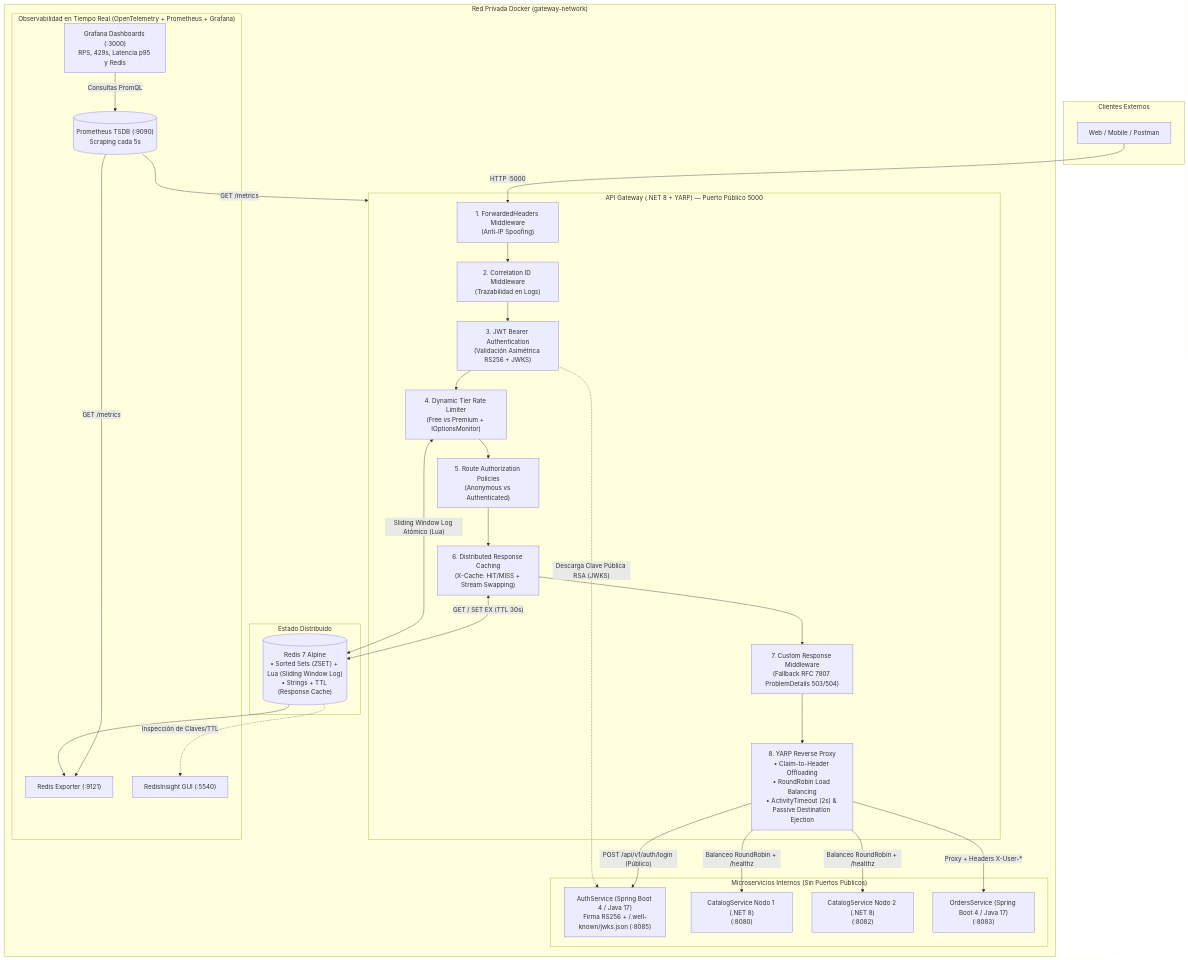
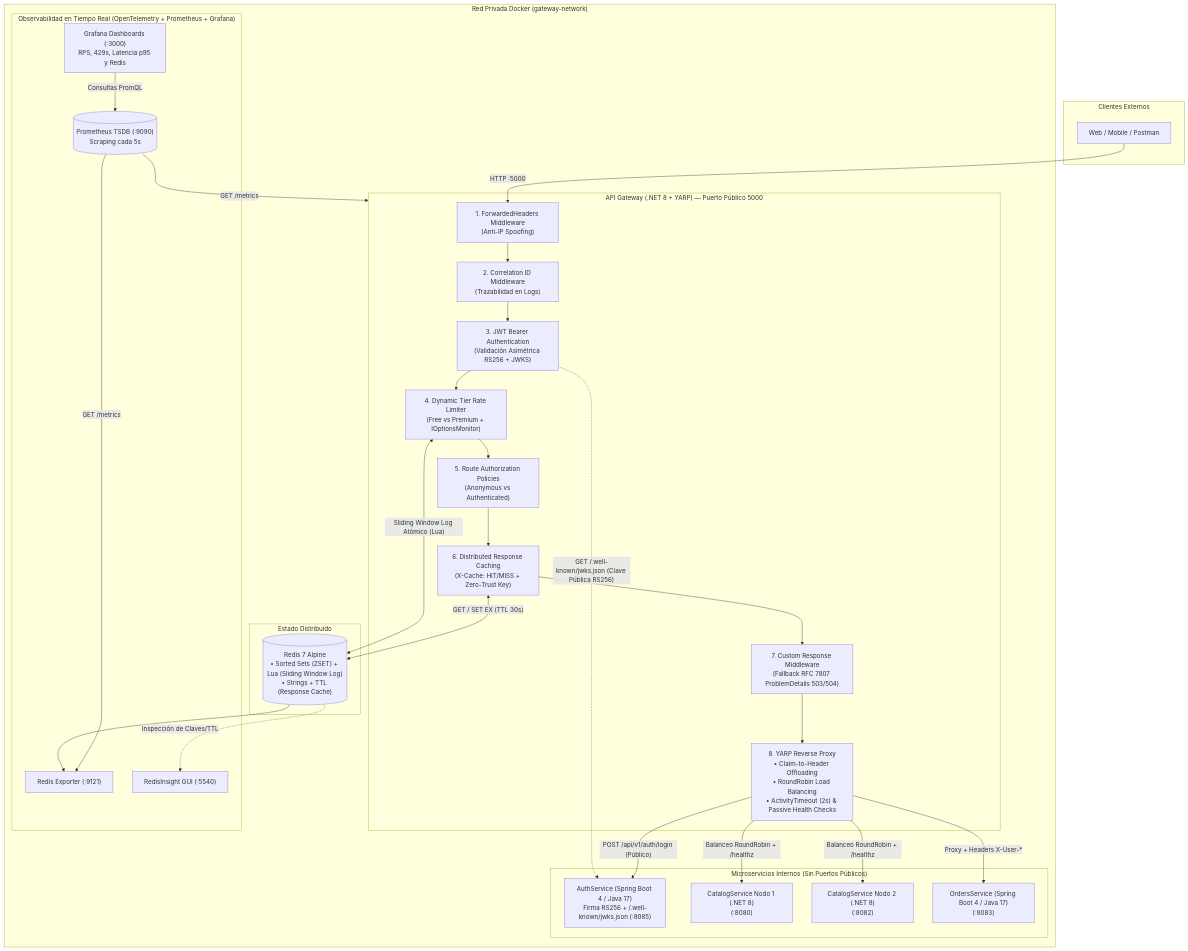
The diagram in README.md (Ariel-Marcelo/cloud-native-api-gateway), drawn with Mermaid before and after one commit. The commit also changed other lines of this file and 7 other files, not shown here.

````diff
--- a/README.md
+++ b/README.md
@@ -9,53 +11,53 @@
 ```mermaid
 flowchart TD
     subgraph Clientes["Clientes Externos"]
         Client["Web / Mobile / Postman"]
     end
 
     subgraph DockerNet["Red Privada Docker (gateway-network)"]
         subgraph Edge["API Gateway (.NET 8 + YARP) — Puerto Público 5000"]
             FH["1. ForwardedHeaders Middleware<br/>(Anti-IP Spoofing)"]
             CID["2. Correlation ID Middleware<br/>(Trazabilidad en Logs)"]
             JWT["3. JWT Bearer Authentication<br/>(Validación Asimétrica RS256 + JWKS)"]
             RL["4. Dynamic Tier Rate Limiter<br/>(Free vs Premium + IOptionsMonitor)"]
             AUTHZ["5. Route Authorization Policies<br/>(Anonymous vs Authenticated)"]
-            CACHE["6. Distributed Response Caching<br/>(X-Cache: HIT/MISS + Stream Swapping)"]
+            CACHE["6. Distributed Response Caching<br/>(X-Cache: HIT/MISS + Zero-Trust Key)"]
             FALLBACK["7. Custom Response Middleware<br/>(Fallback RFC 7807 ProblemDetails 503/504)"]
-            YARP["8. YARP Reverse Proxy<br/>• Claim-to-Header Offloading<br/>• RoundRobin Load Balancing<br/>• ActivityTimeout (2s) & Passive Destination Ejection"]
+            YARP["8. YARP Reverse Proxy<br/>• Claim-to-Header Offloading<br/>• RoundRobin Load Balancing<br/>• ActivityTimeout (2s) & Passive Health Checks"]
             
             FH --> CID --> JWT --> RL --> AUTHZ --> CACHE --> FALLBACK --> YARP
         end
 
         subgraph State["Estado Distribuido"]
             REDIS[("Redis 7 Alpine<br/>• Sorted Sets (ZSET) + Lua (Sliding Window Log)<br/>• Strings + TTL (Response Cache)")]
         end
 
         subgraph Downstream["Microservicios Internos (Sin Puertos Públicos)"]
             AUTH["AuthService (Spring Boot 4 / Java 17)<br/>Firma RS256 + /.well-known/jwks.json (:8085)"]
             CAT1["CatalogService Nodo 1 (.NET 8)<br/>(:8080)"]
             CAT2["CatalogService Nodo 2 (.NET 8)<br/>(:8082)"]
             ORD["OrdersService (Spring Boot 4 / Java 17)<br/>(:8083)"]
         end
 
         subgraph Obs["Observabilidad en Tiempo Real (OpenTelemetry + Prometheus + Grafana)"]
             REX["Redis Exporter (:9121)"]
             RINS["RedisInsight GUI (:5540)"]
             PROM[("Prometheus TSDB (:9090)<br/>Scraping cada 5s")]
             GRAF["Grafana Dashboards (:3000)<br/>RPS, 429s, Latencia p95 y Redis"]
         end
     end
 
     Client -->|"HTTP :5000"| FH
-    JWT -.->|"Descarga Clave Pública RSA (JWKS)"| AUTH
+    JWT -.->|"GET /.well-known/jwks.json (Clave Pública RS256)"| AUTH
     RL <-->|"Sliding Window Log Atómico (Lua)"| REDIS
     CACHE <-->|"GET / SET EX (TTL 30s)"| REDIS
     YARP -->|"POST /api/v1/auth/login (Público)"| AUTH
     YARP -->|"Balanceo RoundRobin + /healthz"| CAT1
     YARP -->|"Balanceo RoundRobin + /healthz"| CAT2
     YARP -->|"Proxy + Headers X-User-*"| ORD
     REDIS --> REX
     REDIS -.->|"Inspección de Claves/TTL"| RINS
     PROM -->|"GET /metrics"| Edge
     PROM -->|"GET /metrics"| REX
     GRAF -->|"Consultas PromQL"| PROM
 ```
````
